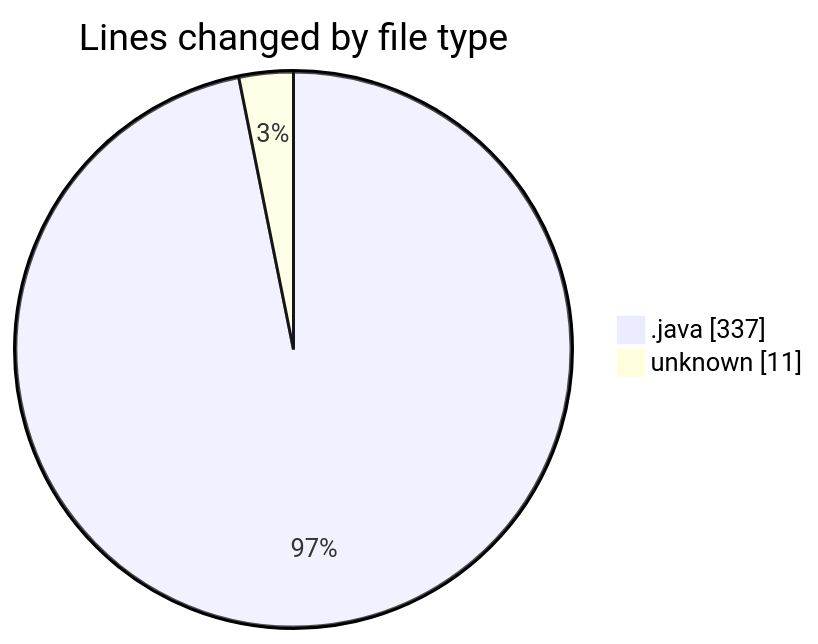
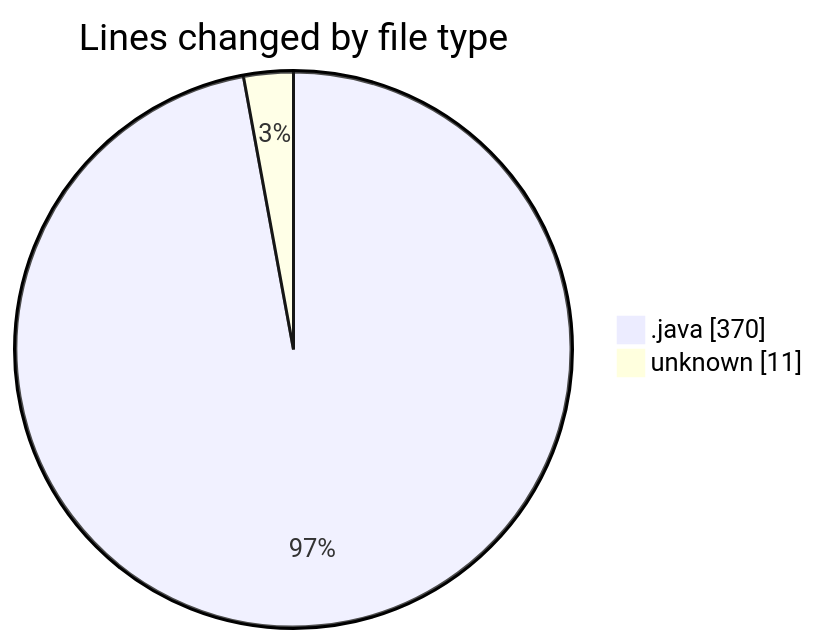
The first of 2 diagrams in 2026-04-27/cilapp/README.md (ricardozamudiocil/code-tracking), drawn with Mermaid before and after one commit. The commit also changed other lines of this file and 1 other file, not shown here.

````diff
--- a/2026-04-27/cilapp/README.md
+++ b/2026-04-27/cilapp/README.md
@@ -22,6 +22,6 @@
 ```mermaid
 pie showData
 title Lines changed by file type
-".java" : 337
+".java" : 370
 "unknown" : 11
 ```
````
